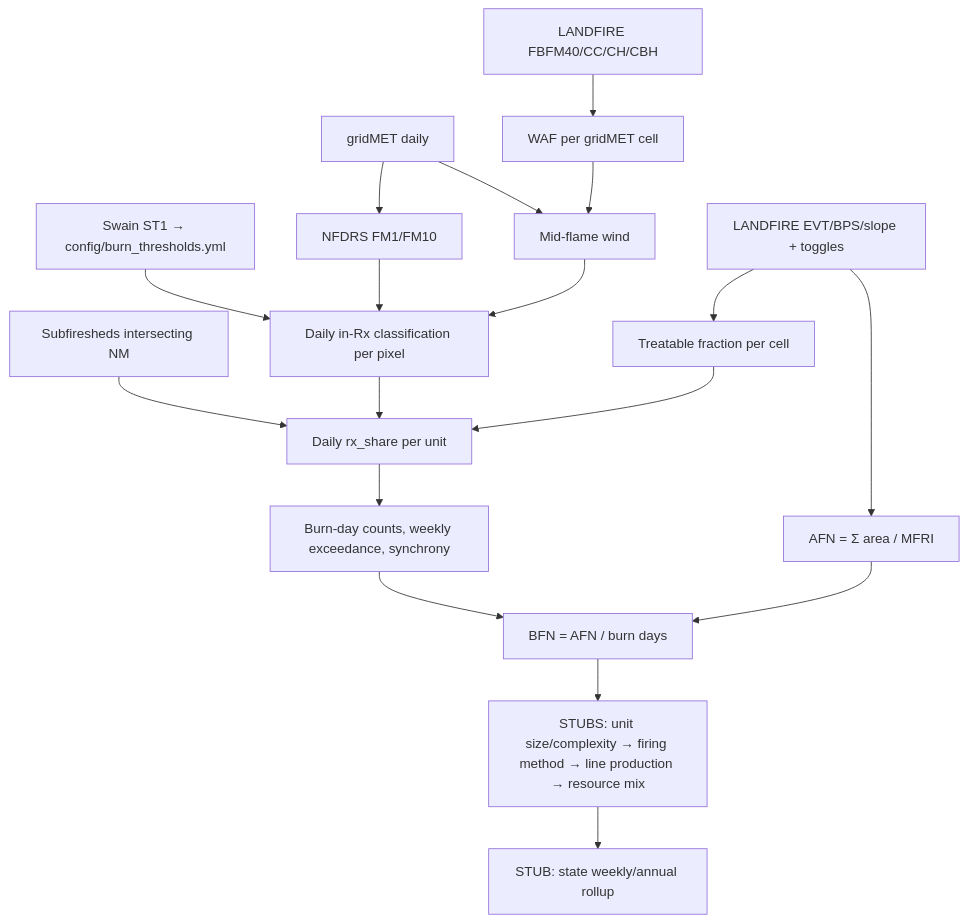
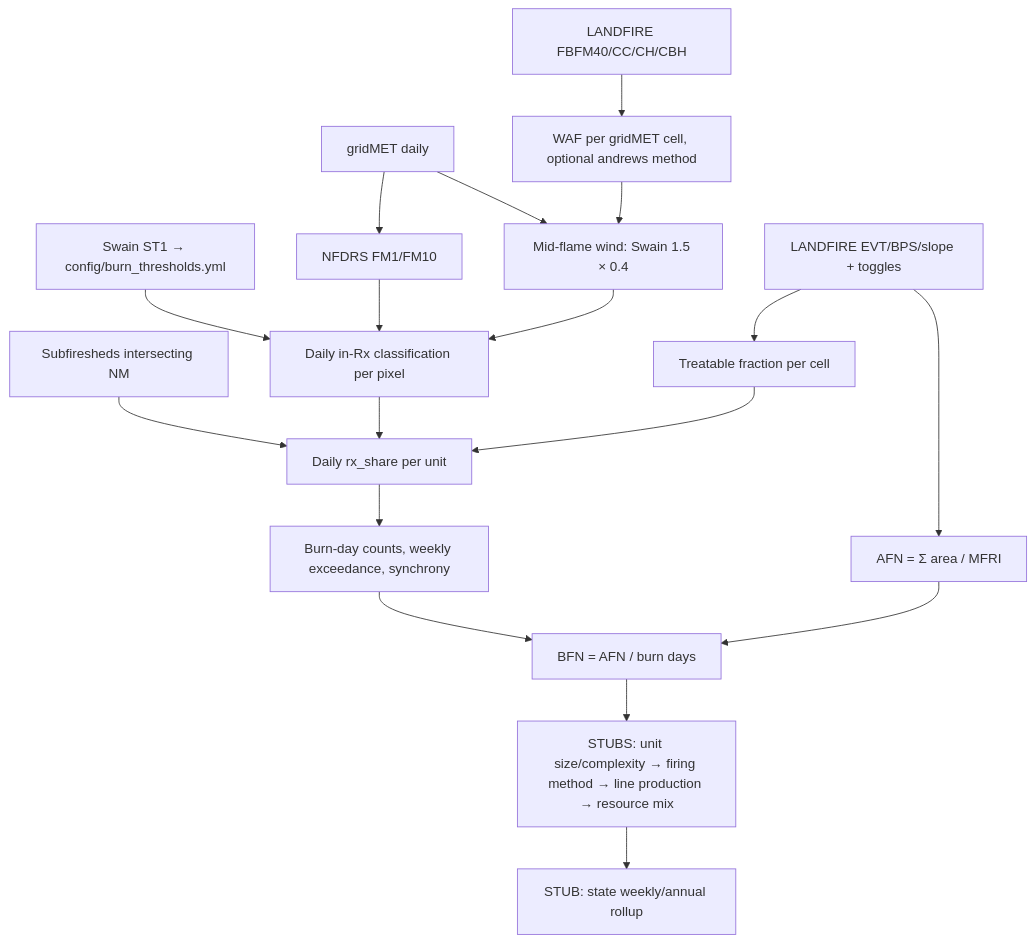
One commit to sbassett/WUS_RxResourceNeeds changed the diagram in README.md. Above: the diagram before and after it, drawn with Mermaid. The commit also changed other lines of this file and 26 other files, not shown here.

First line of the commit message:
feat(wind-model): implement configurable mid-flame wind methods with Swain default

````diff
--- a/README.md
+++ b/README.md
@@ -74,20 +74,20 @@
 ```mermaid
 graph TD
   A[Swain ST1 → config/burn_thresholds.yml] --> G
   B[gridMET daily] --> C[NFDRS FM1/FM10]
-  B --> F[Mid-flame wind]
-  D[LANDFIRE FBFM40/CC/CH/CBH] --> E[WAF per gridMET cell]
+  B --> F[Mid-flame wind: Swain 1.5 × 0.4]
+  D[LANDFIRE FBFM40/CC/CH/CBH] --> E[WAF per gridMET cell, optional andrews method]
   E --> F
   C --> G[Daily in-Rx classification per pixel]
   F --> G
   H[LANDFIRE EVT/BPS/slope + toggles] --> I[Treatable fraction per cell]
   J[Subfiresheds intersecting NM] --> K
   G --> K[Daily rx_share per unit]
   I --> K
   K --> L[Burn-day counts, weekly exceedance, synchrony]
   H --> M[AFN = Σ area / MFRI]
   L --> N[BFN = AFN / burn days]
   M --> N
   N --> O[STUBS: unit size/complexity → firing method → line production → resource mix]
   O --> P[STUB: state weekly/annual rollup]
 ```
````
